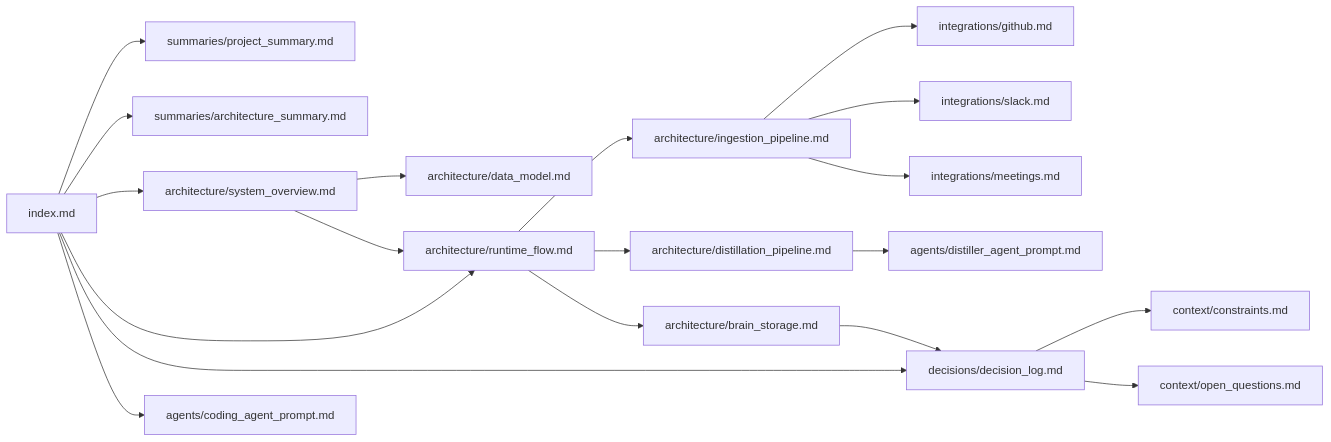
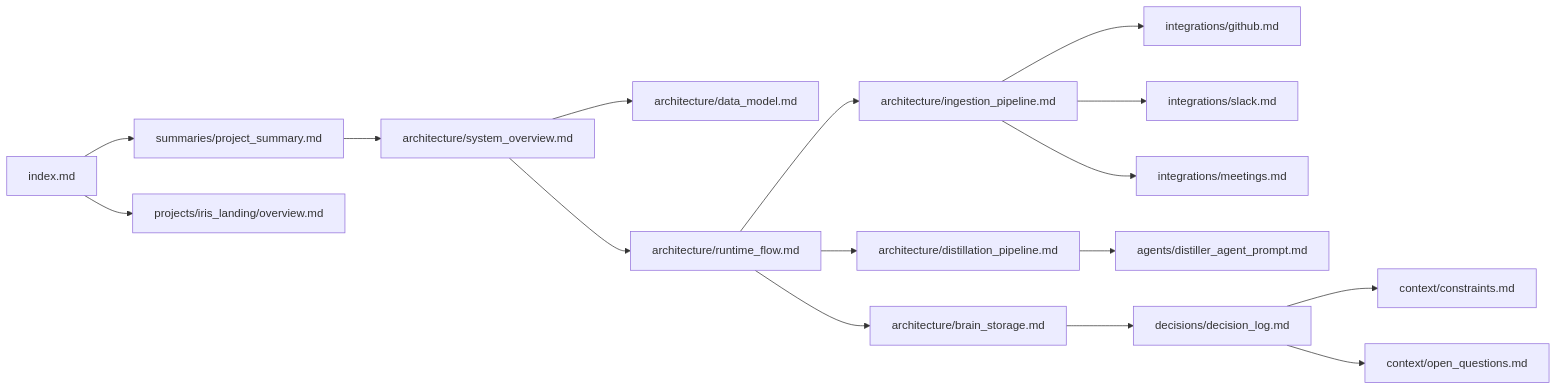
One commit to SanjoyDat1/lahacks26 changed the diagram in agent/brain/map.md. Above: the diagram before and after it, drawn with Mermaid. The commit also changed other lines of this file and 10 other files, not shown here.

````diff
--- a/agent/brain/map.md
+++ b/agent/brain/map.md
@@ -22,24 +22,21 @@
 ```mermaid
 flowchart LR
   Index["index.md"] --> ProjectSummary["summaries/project_summary.md"]
-  Index --> ArchitectureSummary["summaries/architecture_summary.md"]
-  Index --> SystemOverview["architecture/system_overview.md"]
-  Index --> RuntimeFlow["architecture/runtime_flow.md"]
-  Index --> DecisionLog["decisions/decision_log.md"]
-  Index --> CodingPrompt["agents/coding_agent_prompt.md"]
+  Index --> Overview["projects/iris_landing/overview.md"]
 
+  ProjectSummary --> SystemOverview["architecture/system_overview.md"]
   SystemOverview --> DataModel["architecture/data_model.md"]
-  SystemOverview --> RuntimeFlow
+  SystemOverview --> RuntimeFlow["architecture/runtime_flow.md"]
   RuntimeFlow --> Ingestion["architecture/ingestion_pipeline.md"]
   RuntimeFlow --> Distillation["architecture/distillation_pipeline.md"]
   RuntimeFlow --> BrainStorage["architecture/brain_storage.md"]
 
   Ingestion --> GitHub["integrations/github.md"]
   Ingestion --> Slack["integrations/slack.md"]
   Ingestion --> Meetings["integrations/meetings.md"]
 
   Distillation --> DistillerPrompt["agents/distiller_agent_prompt.md"]
-  BrainStorage --> DecisionLog
+  BrainStorage --> DecisionLog["decisions/decision_log.md"]
   DecisionLog --> Constraints["context/constraints.md"]
   DecisionLog --> OpenQuestions["context/open_questions.md"]
 ```
````
